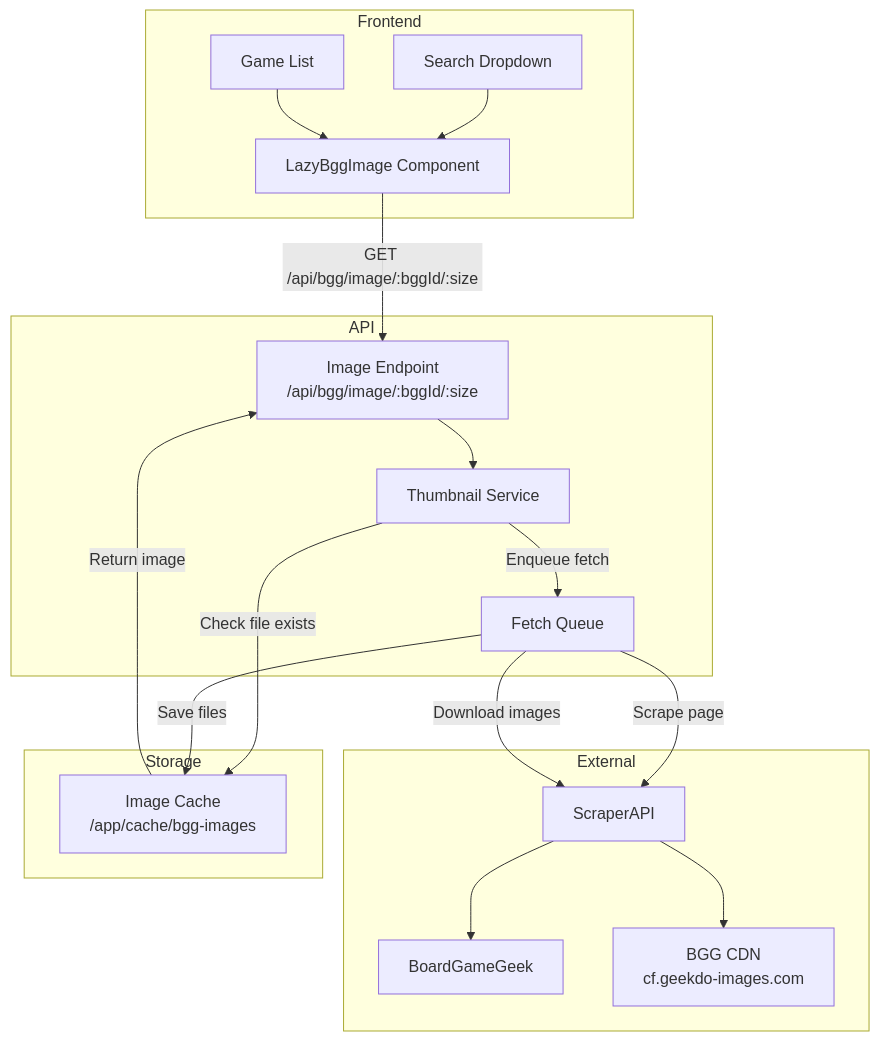
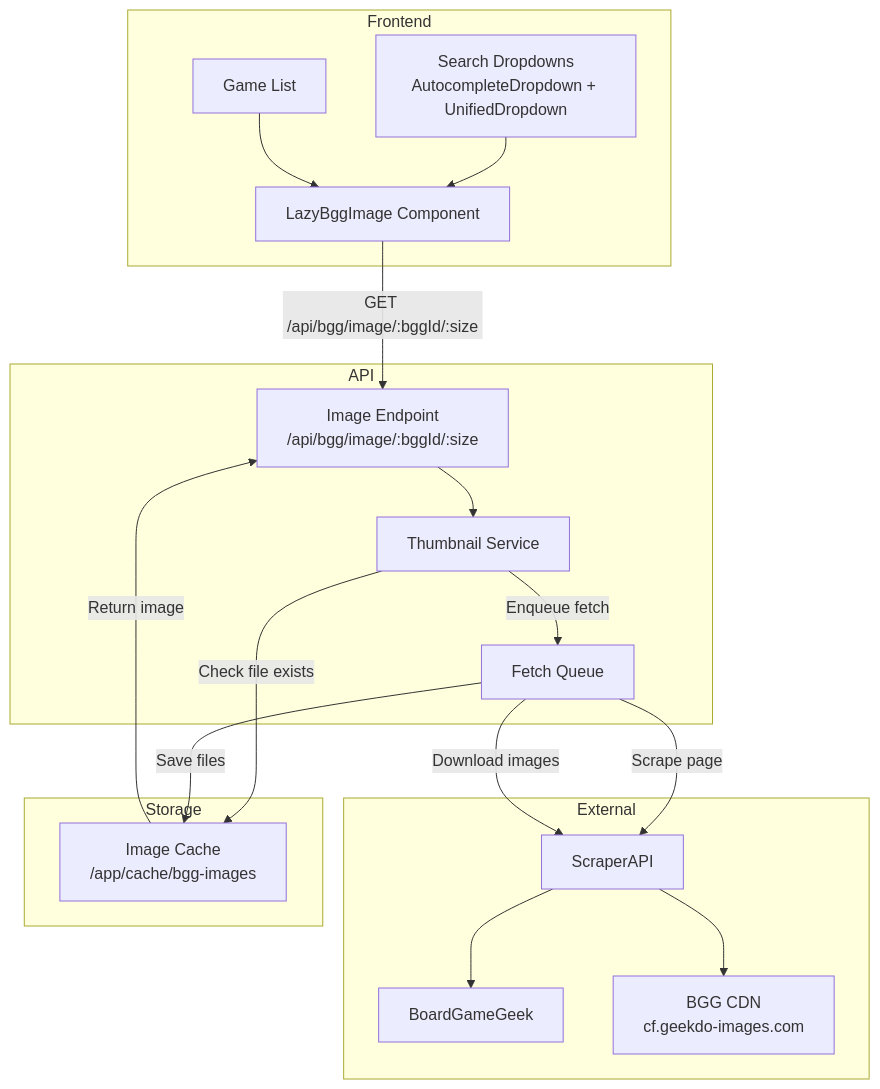
One commit to kreuzhofer/boardgame-list-manager changed the first of 3 diagrams in .kiro/specs/010-bgg-game-thumbnails/design.md. Above: the diagram before and after it, drawn with Mermaid. The commit also changed 5 other files, not shown here.

Commit message:
add thumbnails to search dropdown

````diff
--- a/.kiro/specs/010-bgg-game-thumbnails/design.md
+++ b/.kiro/specs/010-bgg-game-thumbnails/design.md
@@ -17,37 +17,37 @@
 ```mermaid
 flowchart TB
     subgraph Frontend
         LIC[LazyBggImage Component]
-        SD[Search Dropdown]
+        SD[Search Dropdowns<br>AutocompleteDropdown + UnifiedDropdown]
         GL[Game List]
     end
     
     subgraph API
         IE[Image Endpoint<br>/api/bgg/image/:bggId/:size]
         TS[Thumbnail Service]
         FQ[Fetch Queue]
     end
     
     subgraph External
         SAPI[ScraperAPI]
         BGG[BoardGameGeek]
         CDN[BGG CDN<br>cf.geekdo-images.com]
     end
     
     subgraph Storage
         IC[Image Cache<br>/app/cache/bgg-images]
     end
     
     SD --> LIC
     GL --> LIC
     LIC -->|GET /api/bgg/image/:bggId/:size| IE
     IE --> TS
     TS -->|Check file exists| IC
     TS -->|Enqueue fetch| FQ
     FQ -->|Scrape page| SAPI
     SAPI --> BGG
     FQ -->|Download images| SAPI
     SAPI --> CDN
     FQ -->|Save files| IC
     IC -->|Return image| IE
 ```
````
